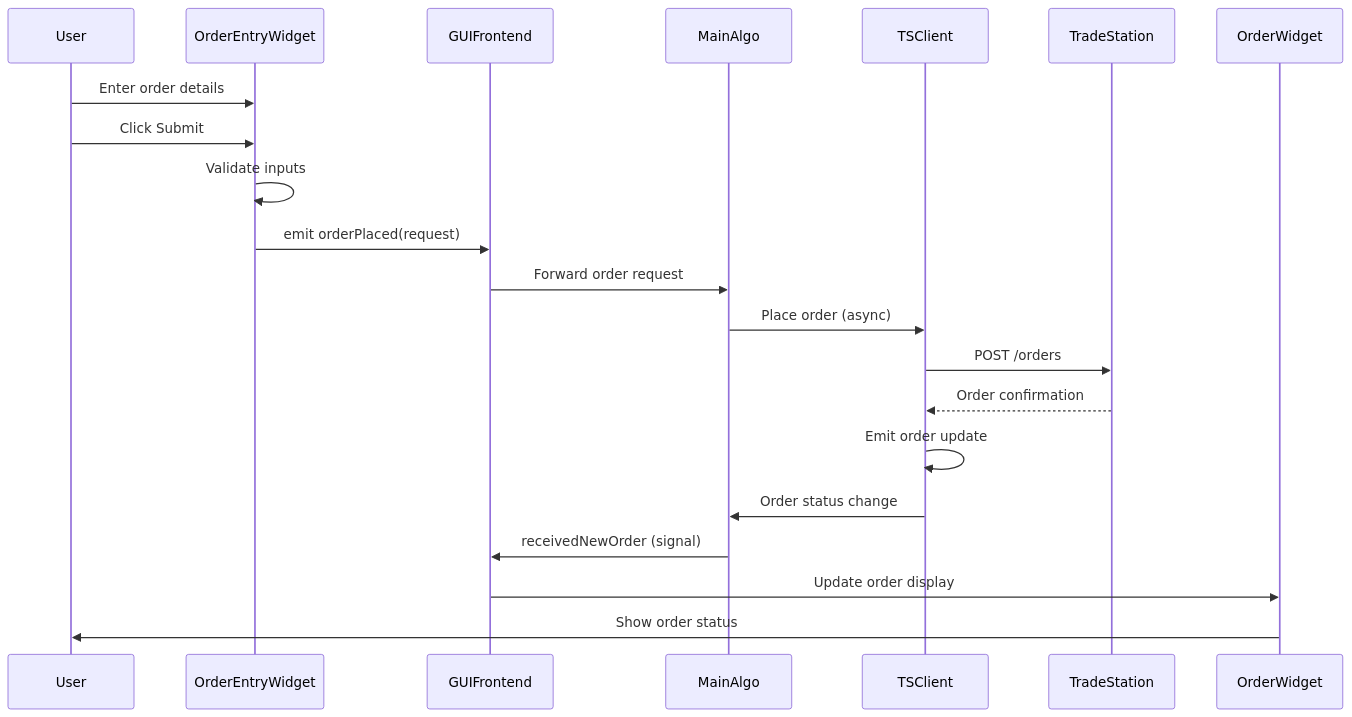
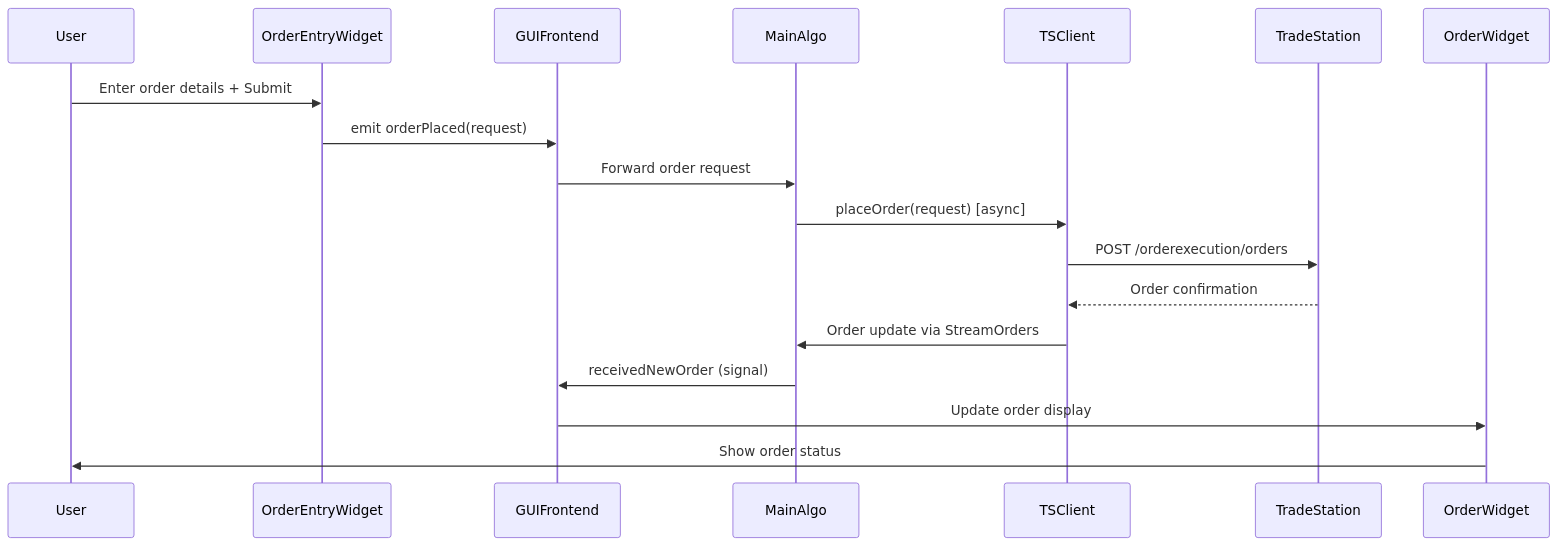
The fifth of 6 diagrams in Doc/ARCHITECTURE.md (simonbeaudoin0935/OpenTraderPlatform), drawn with Mermaid before and after one commit. The commit also changed other lines of this file and 8 other files, not shown here.

````diff
--- a/Doc/ARCHITECTURE.md
+++ b/Doc/ARCHITECTURE.md
@@ -527,23 +561,20 @@
 ```mermaid
 sequenceDiagram
     participant User
     participant OrderEntryWidget
     participant GUIFrontend
     participant MainAlgo
     participant TSClient
     participant TradeStation
 
-    User->>OrderEntryWidget: Enter order details
-    User->>OrderEntryWidget: Click Submit
-    OrderEntryWidget->>OrderEntryWidget: Validate inputs
+    User->>OrderEntryWidget: Enter order details + Submit
     OrderEntryWidget->>GUIFrontend: emit orderPlaced(request)
     GUIFrontend->>MainAlgo: Forward order request
-    MainAlgo->>TSClient: Place order (async)
-    TSClient->>TradeStation: POST /orders
+    MainAlgo->>TSClient: placeOrder(request) [async]
+    TSClient->>TradeStation: POST /orderexecution/orders
     TradeStation-->>TSClient: Order confirmation
-    TSClient->>TSClient: Emit order update
-    TSClient->>MainAlgo: Order status change
+    TSClient->>MainAlgo: Order update via StreamOrders
     MainAlgo->>GUIFrontend: receivedNewOrder (signal)
     GUIFrontend->>OrderWidget: Update order display
     OrderWidget->>User: Show order status
 ```
````
